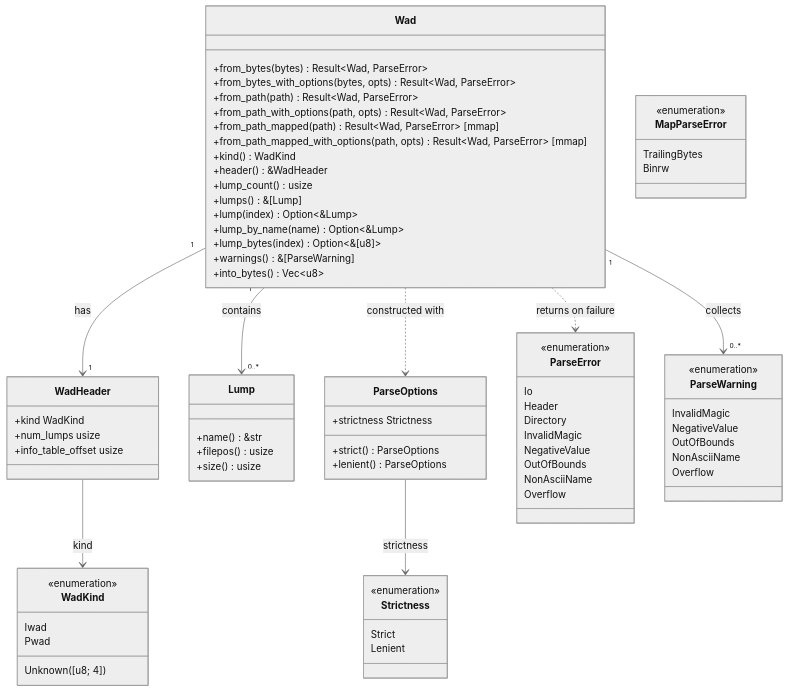
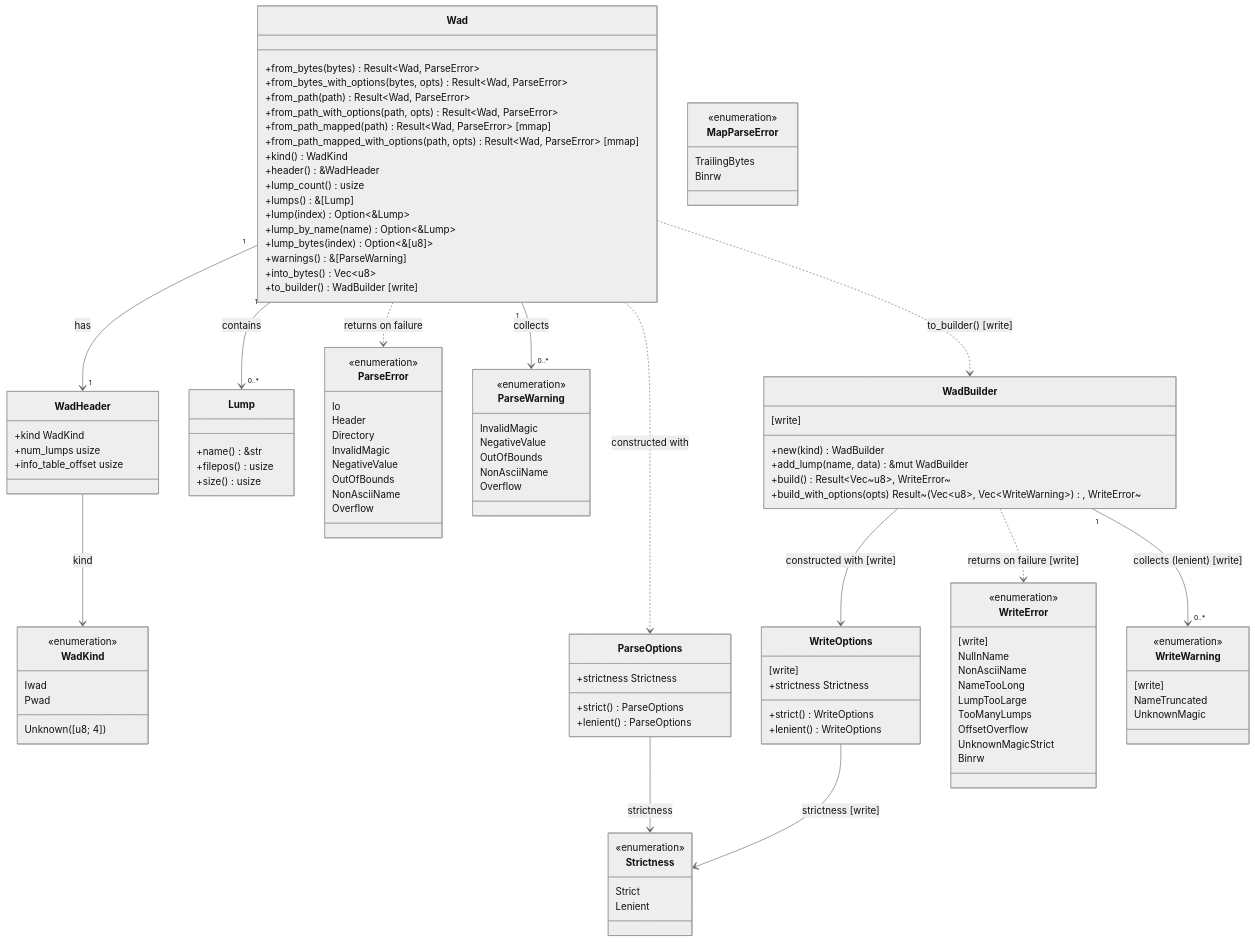
One commit to masriamir/crustywad changed the second of 2 diagrams in docs/diagrams/data-model.md. Above: the diagram before and after it, drawn with Mermaid (neutral theme). The commit also changed other lines of this file and 3 other files, not shown here.

First line of the commit message:
docs(design): document write architecture (#79)

````diff
--- a/docs/diagrams/data-model.md
+++ b/docs/diagrams/data-model.md
@@ -48,6 +48,7 @@
         +lump_bytes(index) Option~&[u8]~
         +warnings() &[ParseWarning]
         +into_bytes() Vec~u8~
+        +to_builder() WadBuilder [write]
     }
     class WadHeader {
         +kind WadKind
@@ -99,6 +100,37 @@
         TrailingBytes
         Binrw
     }
+    class WadBuilder {
+        [write]
+        +new(kind) WadBuilder
+        +add_lump(name, data) &mut WadBuilder
+        +build() Result~Vec~u8~, WriteError~
+        +build_with_options(opts) Result~(Vec~u8~, Vec~WriteWarning~), WriteError~
+    }
+    class WriteOptions {
+        [write]
+        +strictness Strictness
+        +strict() WriteOptions
+        +lenient() WriteOptions
+    }
+    class WriteError {
+        <<enumeration>>
+        [write]
+        NulInName
+        NonAsciiName
+        NameTooLong
+        LumpTooLarge
+        TooManyLumps
+        OffsetOverflow
+        UnknownMagicStrict
+        Binrw
+    }
+    class WriteWarning {
+        <<enumeration>>
+        [write]
+        NameTruncated
+        UnknownMagic
+    }
 
     Wad "1" --> "1" WadHeader : has
     Wad "1" --> "0..*" Lump : contains
@@ -107,4 +139,9 @@
     ParseOptions --> Strictness : strictness
     Wad ..> ParseOptions : constructed with
     Wad ..> ParseError : returns on failure
+    Wad ..> WadBuilder : to_builder() [write]
+    WadBuilder --> WriteOptions : constructed with [write]
+    WadBuilder ..> WriteError : returns on failure [write]
+    WadBuilder "1" --> "0..*" WriteWarning : collects (lenient) [write]
+    WriteOptions --> Strictness : strictness [write]
 ```
````
